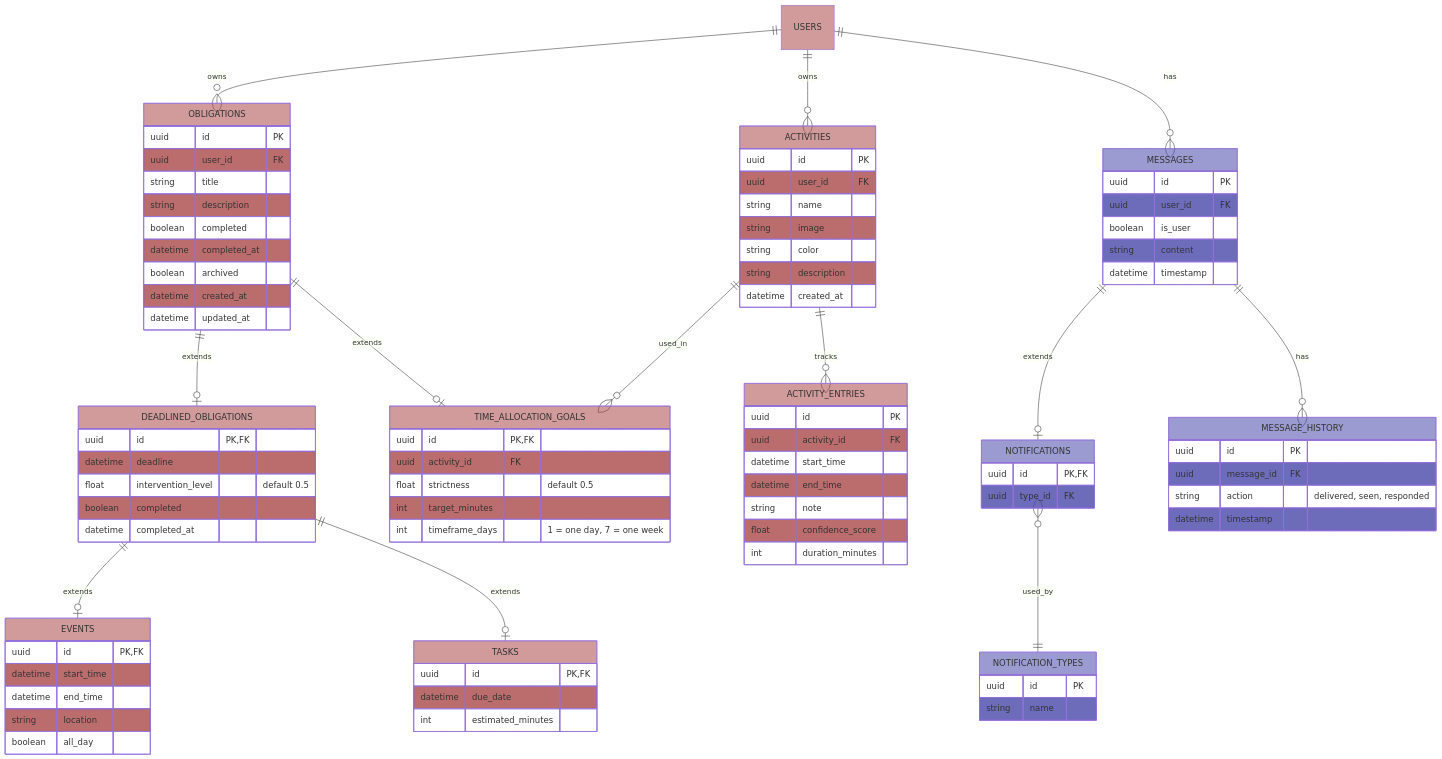
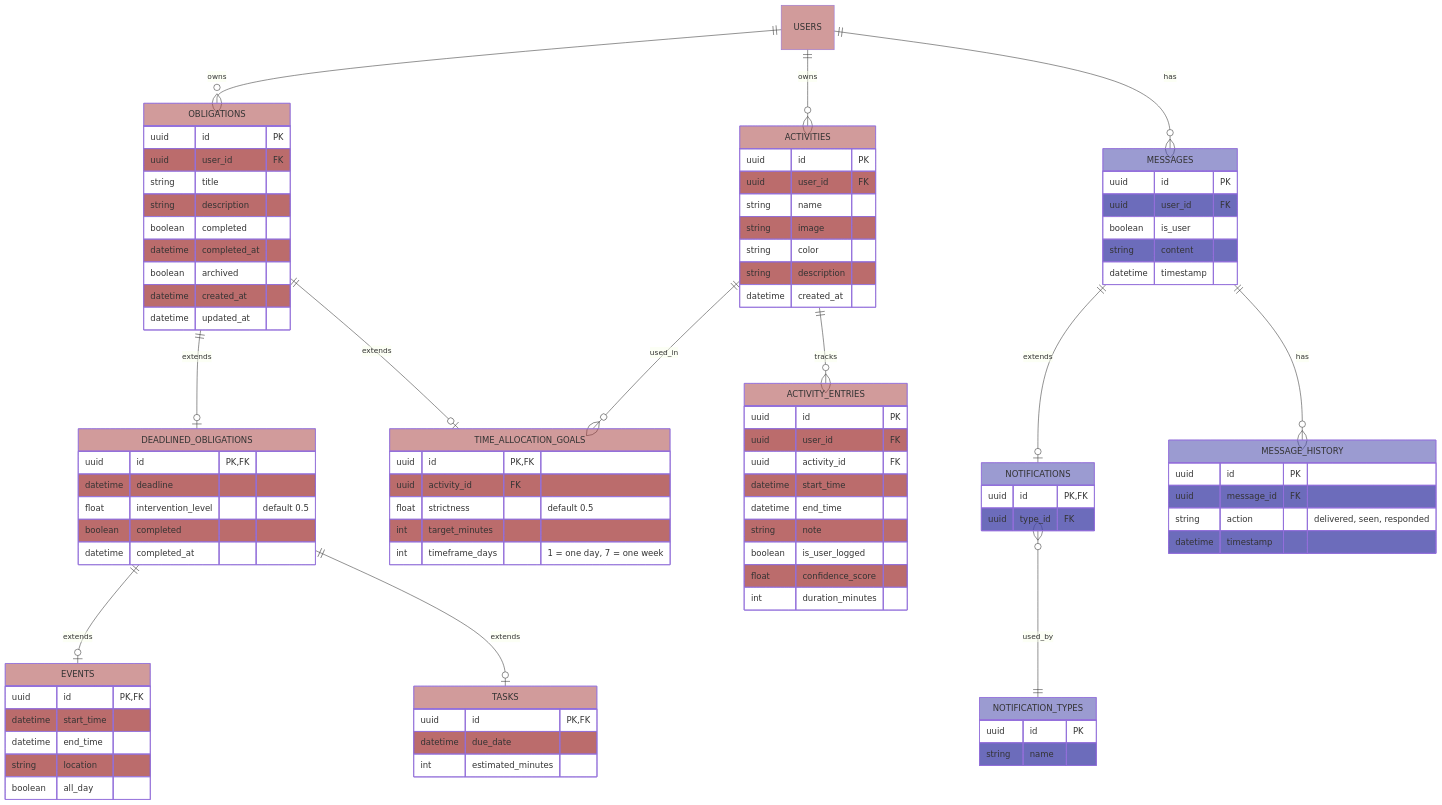
One commit to hadiahmad06/jiko changed the second of 3 diagrams in backend/docs/erdiagram.md. Above: the diagram before and after it, drawn with Mermaid. The commit also changed 30 other files, not shown here.

```diff
--- a/backend/docs/erdiagram.md
+++ b/backend/docs/erdiagram.md
@@ -108,10 +108,12 @@
 
     ACTIVITY_ENTRIES:::postgres {
         uuid id PK
+        uuid user_id FK
         uuid activity_id FK
         datetime start_time
         datetime end_time
         string note
+        boolean is_user_logged
         float confidence_score
         int duration_minutes
     }
```
